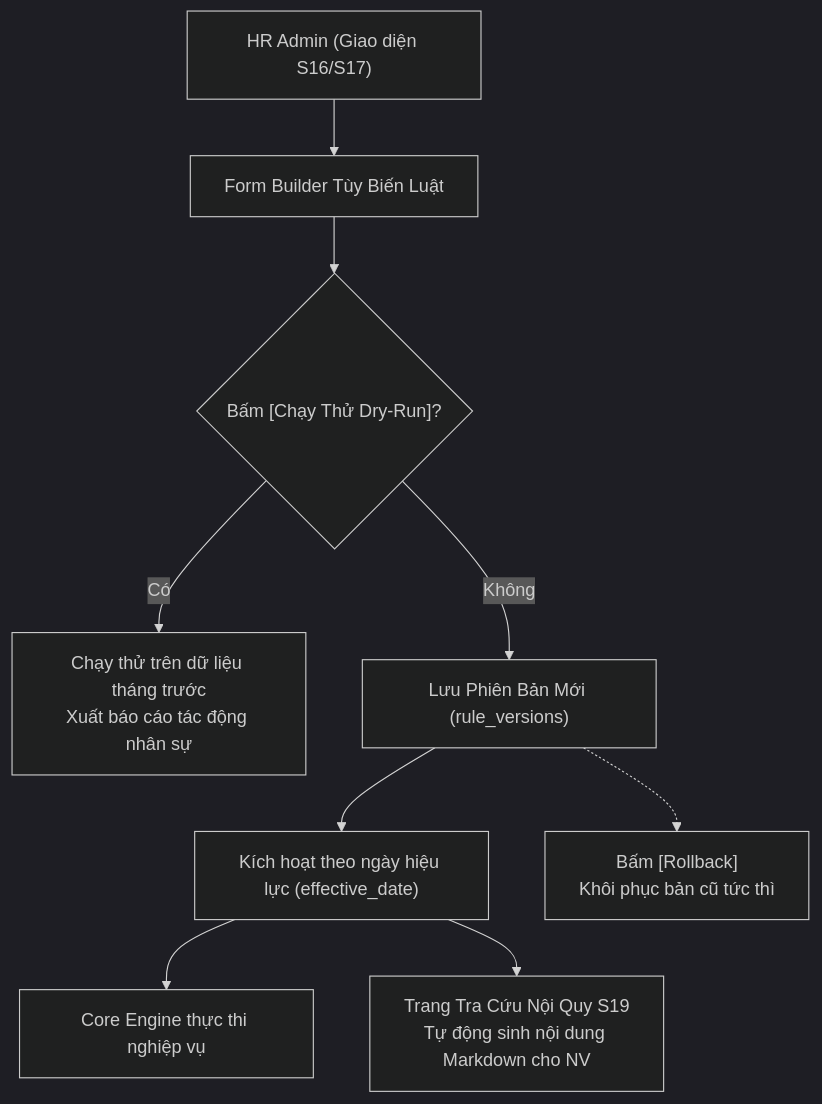
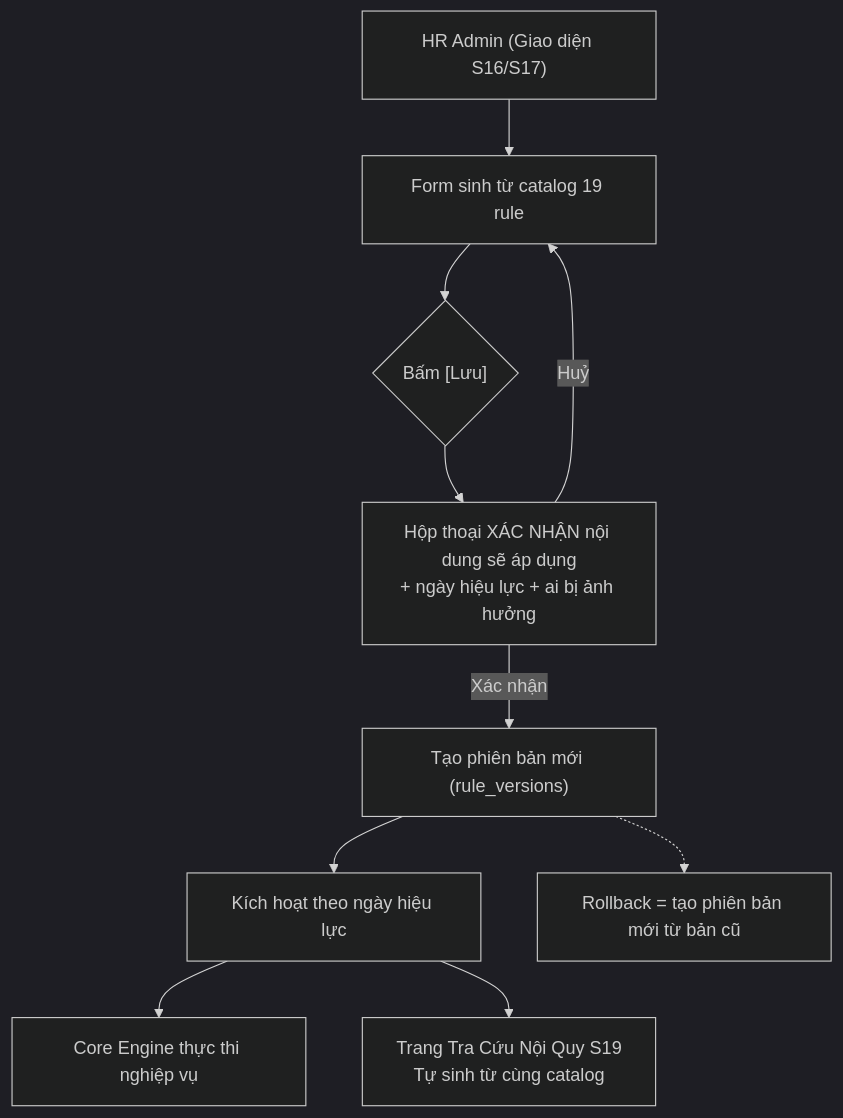
One commit to trannghia190/act-hkt-2026 changed the diagram in docs/18-tech-rule-engine-configuration.md. Above: the diagram before and after it, drawn with Mermaid (dark theme). The commit also changed other lines of this file and 67 other files, not shown here.

````diff
--- a/docs/18-tech-rule-engine-configuration.md
+++ b/docs/18-tech-rule-engine-configuration.md
@@ -16,11 +16,12 @@
 ```mermaid
 flowchart TD
-    HR["HR Admin (Giao diện S16/S17)"] --> Form["Form Builder Tùy Biến Luật"]
-    Form --> DryRun{"Bấm [Chạy Thử Dry-Run]?"}
-    DryRun -- Có --> Sim["Chạy thử trên dữ liệu tháng trước\nXuất báo cáo tác động nhân sự"]
-    DryRun -- Không --> Save["Lưu Phiên Bản Mới (rule_versions)"]
-    Save --> Activate["Kích hoạt theo ngày hiệu lực (effective_date)"]
+    HR["HR Admin (Giao diện S16/S17)"] --> Form["Form sinh từ catalog 19 rule"]
+    Form --> Save{"Bấm [Lưu]"}
+    Save --> Confirm["Hộp thoại XÁC NHẬN nội dung sẽ áp dụng\n+ ngày hiệu lực + ai bị ảnh hưởng"]
+    Confirm -- Huỷ --> Form
+    Confirm -- Xác nhận --> NewVer["Tạo phiên bản mới (rule_versions)"]
+    NewVer --> Activate["Kích hoạt theo ngày hiệu lực"]
     Activate --> AppLogic["Core Engine thực thi nghiệp vụ"]
-    Save -.-> Rollback["Bấm [Rollback]\nKhôi phục bản cũ tức thì"]
-    Activate --> DocPage["Trang Tra Cứu Nội Quy S19\nTự động sinh nội dung Markdown cho NV"]
+    NewVer -.-> Rollback["Rollback = tạo phiên bản mới từ bản cũ"]
+    Activate --> DocPage["Trang Tra Cứu Nội Quy S19\nTự sinh từ cùng catalog"]
 ```
````
